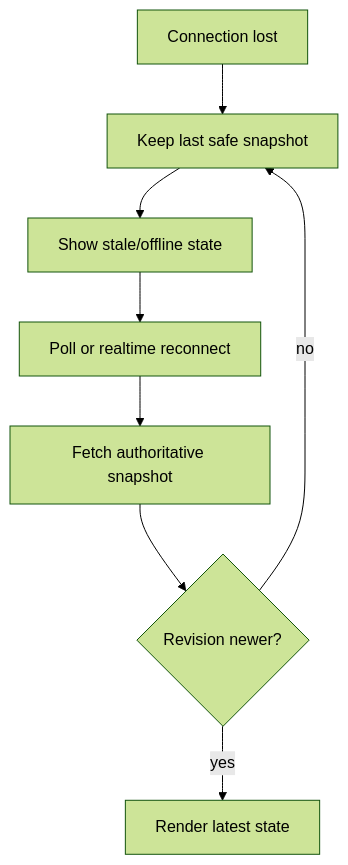
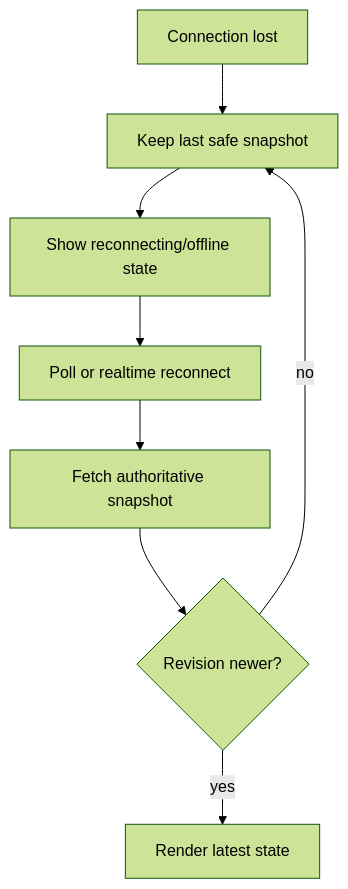
The sixth of 6 diagrams in docs/MILESTONE_5_REVIEW.md (ianvu17/hanfirstbirthday), drawn with Mermaid (forest theme) before and after one commit. The commit also changed other lines of this file and 326 other files, not shown here.

First line of the commit message:
Codex/party flow realtime mobile (#5)

````diff
--- a/docs/MILESTONE_5_REVIEW.md
+++ b/docs/MILESTONE_5_REVIEW.md
@@ -128,10 +128,10 @@
 ```mermaid
 flowchart TD
   Lost[Connection lost] --> Keep[Keep last safe snapshot]
-  Keep --> Status[Show stale/offline state]
+  Keep --> Status[Show reconnecting/offline state]
   Status --> Retry[Poll or realtime reconnect]
   Retry --> Fetch[Fetch authoritative snapshot]
   Fetch --> Compare{Revision newer?}
   Compare -->|yes| Render[Render latest state]
   Compare -->|no| Keep
 ```
````
